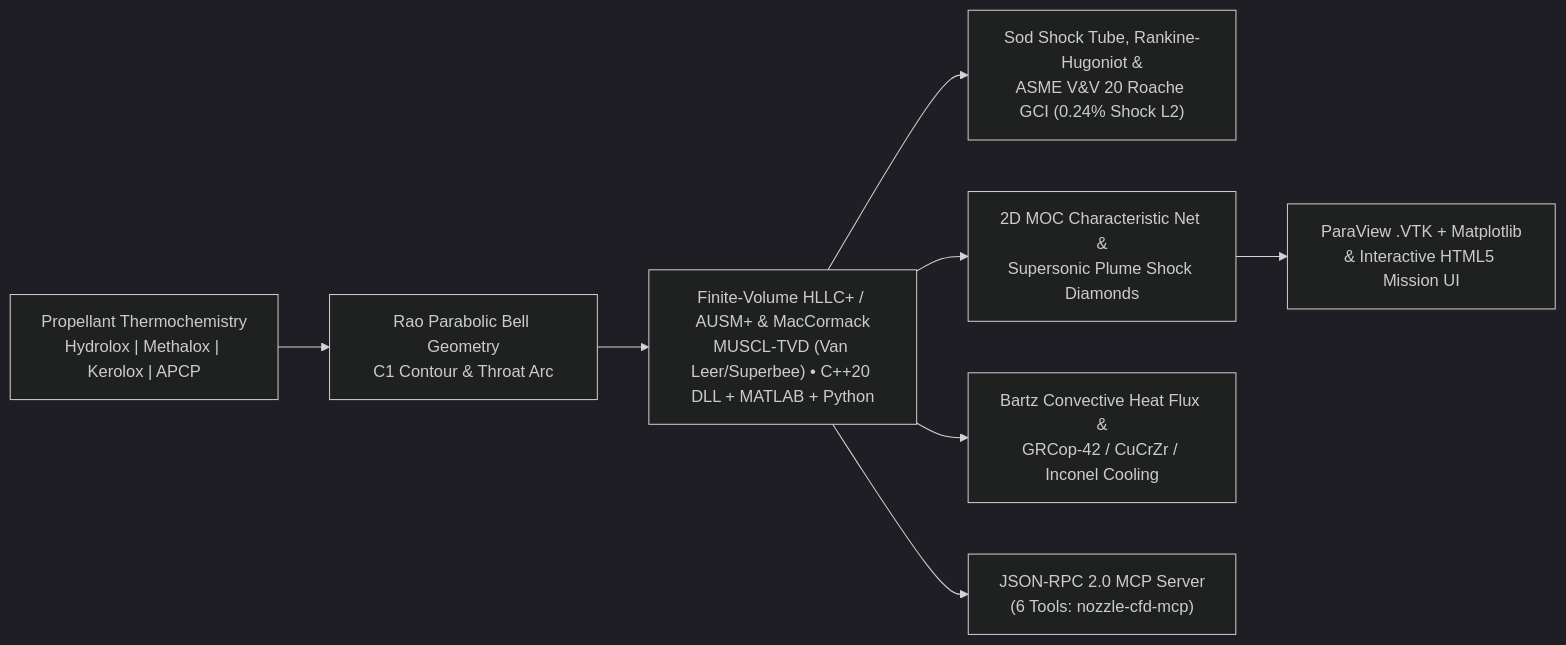
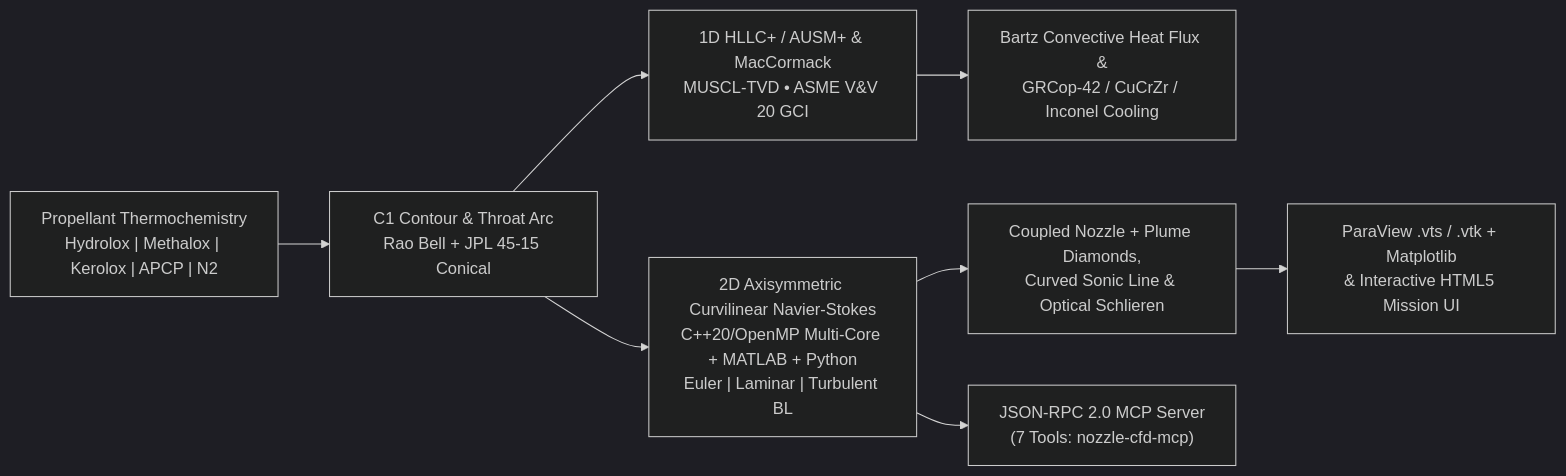
The diagram in README.md (perfectalone375/nozzle-cfd-propulsion), drawn with Mermaid (dark theme) before and after one commit. The commit also changed other lines of this file and 26 other files, not shown here.

First line of the commit message:
feat(step2): 2D axisymmetric Navier-Stokes, C++20/OpenMP, Octave & Schlieren (v0.3.0) (#3)

````diff
--- a/README.md
+++ b/README.md
@@ -15,10 +15,10 @@
 ```mermaid
 flowchart LR
-    P["Propellant Thermochemistry\nHydrolox | Methalox | Kerolox | APCP"] --> G["Rao Parabolic Bell Geometry\nC1 Contour & Throat Arc"]
-    G --> CFD["Finite-Volume HLLC+ / AUSM+ & MacCormack\nMUSCL-TVD (Van Leer/Superbee) • C++20 DLL + MATLAB + Python"]
-    CFD --> VAL["Sod Shock Tube, Rankine-Hugoniot &\nASME V&V 20 Roache GCI (0.24% Shock L2)"]
-    CFD --> MOC["2D MOC Characteristic Net &\nSupersonic Plume Shock Diamonds"]
-    CFD --> THERM["Bartz Convective Heat Flux &\nGRCop-42 / CuCrZr / Inconel Cooling"]
-    MOC --> VTK["ParaView .VTK + Matplotlib\n& Interactive HTML5 Mission UI"]
-    CFD --> MCP["JSON-RPC 2.0 MCP Server\n(6 Tools: nozzle-cfd-mcp)"]
+    P["Propellant Thermochemistry\nHydrolox | Methalox | Kerolox | APCP | N2"] --> G["C1 Contour & Throat Arc\nRao Bell + JPL 45-15 Conical"]
+    G --> CFD1["1D HLLC+ / AUSM+ & MacCormack\nMUSCL-TVD • ASME V&V 20 GCI"]
+    G --> NS2D["2D Axisymmetric Curvilinear Navier-Stokes\nC++20/OpenMP Multi-Core + MATLAB + Python\nEuler | Laminar | Turbulent BL"]
+    NS2D --> PLUME["Coupled Nozzle + Plume Diamonds,\nCurved Sonic Line & Optical Schlieren"]
+    CFD1 --> THERM["Bartz Convective Heat Flux &\nGRCop-42 / CuCrZr / Inconel Cooling"]
+    PLUME --> VTK["ParaView .vts / .vtk + Matplotlib\n& Interactive HTML5 Mission UI"]
+    NS2D --> MCP["JSON-RPC 2.0 MCP Server\n(7 Tools: nozzle-cfd-mcp)"]
 ```
````
